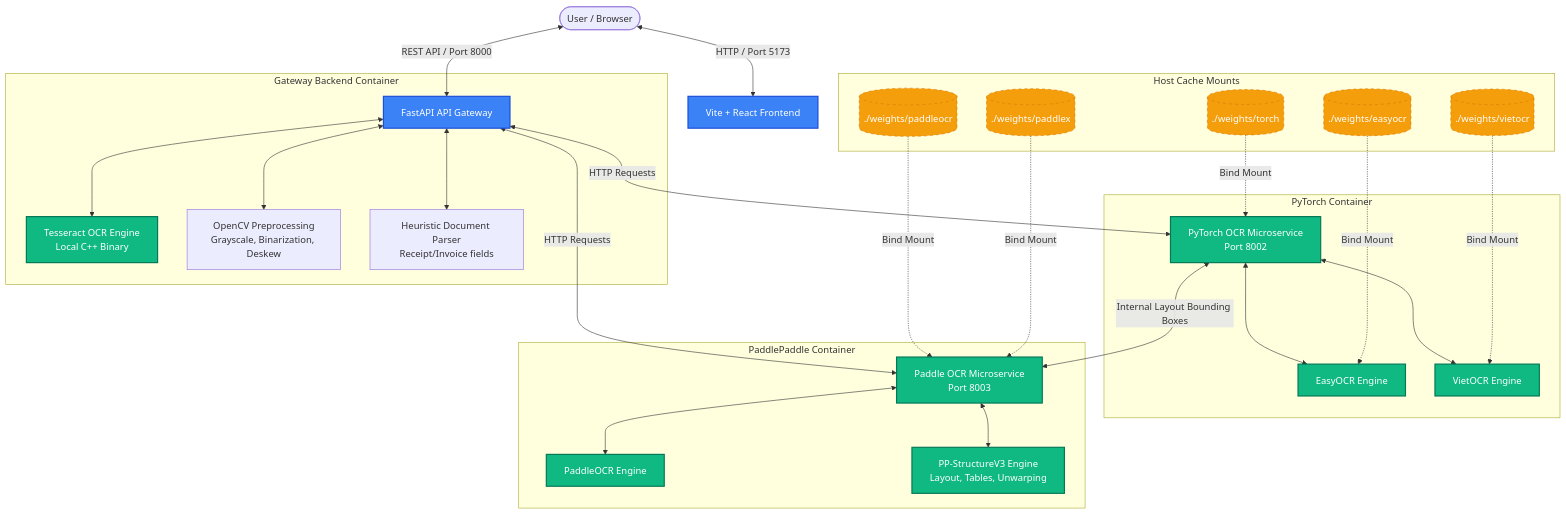
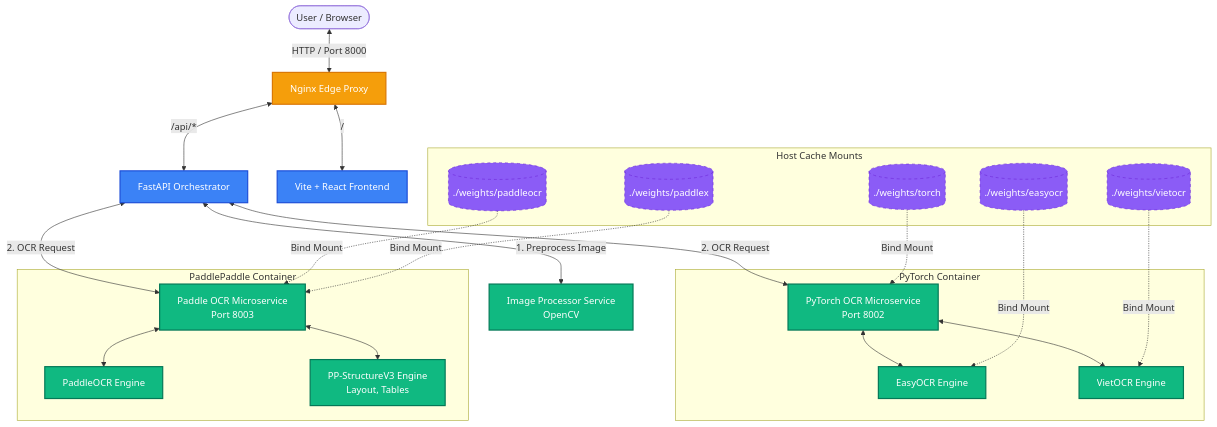
Before and after one commit to DucAnhishere/OCR-playground: the diagram in README.md, drawn with Mermaid. The commit also changed other lines of this file and 22 other files, not shown here.

Commit message:
refactor: refactor OCR playground with separate microservices, Nginx gateway, and bug fixes

````diff
--- a/README.md
+++ b/README.md
@@ -50,52 +37,45 @@
 ```mermaid
 graph TD
-    User([User / Browser]) <--> |HTTP / Port 5173| FE[Vite + React Frontend]
-    User <--> |REST API / Port 8000| GW[FastAPI API Gateway]
+    User([User / Browser]) <--> |HTTP / Port 8000| Nginx[Nginx Edge Proxy]
     
-    subgraph Gateway [Gateway Backend Container]
-        GW
-        Tess[Tesseract OCR Engine<br/>Local C++ Binary]
-        Filters[OpenCV Preprocessing<br/>Grayscale, Binarization, Deskew]
-        Parser[Heuristic Document Parser<br/>Receipt/Invoice fields]
-        GW <--> Tess
-        GW <--> Filters
-        GW <--> Parser
-    end
+    Nginx <--> | / | FE[Vite + React Frontend]
+    Nginx <--> | /api/* | BFF[FastAPI Orchestrator]
     
-    GW <--> |HTTP Requests| PY[PyTorch OCR Microservice<br/>Port 8002]
-    GW <--> |HTTP Requests| PD[Paddle OCR Microservice<br/>Port 8003]
+    BFF <--> |1. Preprocess Image| IMG[Image Processor Service<br/>OpenCV]
+    BFF <--> |2. OCR Request| PY[PyTorch OCR Microservice<br/>Port 8002]
+    BFF <--> |2. OCR Request| PD[Paddle OCR Microservice<br/>Port 8003]
     
     subgraph PyTorch [PyTorch Container]
         PY
         Easy[EasyOCR Engine]
         Viet[VietOCR Engine]
         PY <--> Easy
         PY <--> Viet
     end
     
     subgraph Paddle [PaddlePaddle Container]
         PD
         PaddleOCR[PaddleOCR Engine]
-        Struct[PP-StructureV3 Engine<br/>Layout, Tables, Unwarping]
+        Struct[PP-StructureV3 Engine<br/>Layout, Tables]
         PD <--> PaddleOCR
         PD <--> Struct
     end
-    
-    PY <--> |Internal Layout Bounding Boxes| PD
     
     subgraph Weights [Host Cache Mounts]
         W_Easy[(./weights/easyocr)] -.-> |Bind Mount| Easy
         W_Viet[(./weights/vietocr)] -.-> |Bind Mount| Viet
         W_Torch[(./weights/torch)] -.-> |Bind Mount| PY
         W_Paddle[(./weights/paddleocr)] -.-> |Bind Mount| PD
         W_Paddlex[(./weights/paddlex)] -.-> |Bind Mount| PD
     end
     
     classDef main fill:#3b82f6,stroke:#1d4ed8,color:#fff,stroke-width:2px;
     classDef service fill:#10b981,stroke:#047857,color:#fff,stroke-width:2px;
-    classDef mount fill:#f59e0b,stroke:#d97706,color:#fff,stroke-width:1px,stroke-dasharray: 5 5;
+    classDef proxy fill:#f59e0b,stroke:#d97706,color:#fff,stroke-width:2px;
+    classDef mount fill:#8b5cf6,stroke:#6d28d9,color:#fff,stroke-width:1px,stroke-dasharray: 5 5;
     
-    class FE,GW main;
-    class PY,PD,Tess,Easy,Viet,PaddleOCR,Struct service;
+    class FE,BFF main;
+    class Nginx proxy;
+    class PY,PD,IMG,Easy,Viet,PaddleOCR,Struct service;
     class W_Easy,W_Viet,W_Torch,W_Paddle,W_Paddlex mount;
 ```
````
